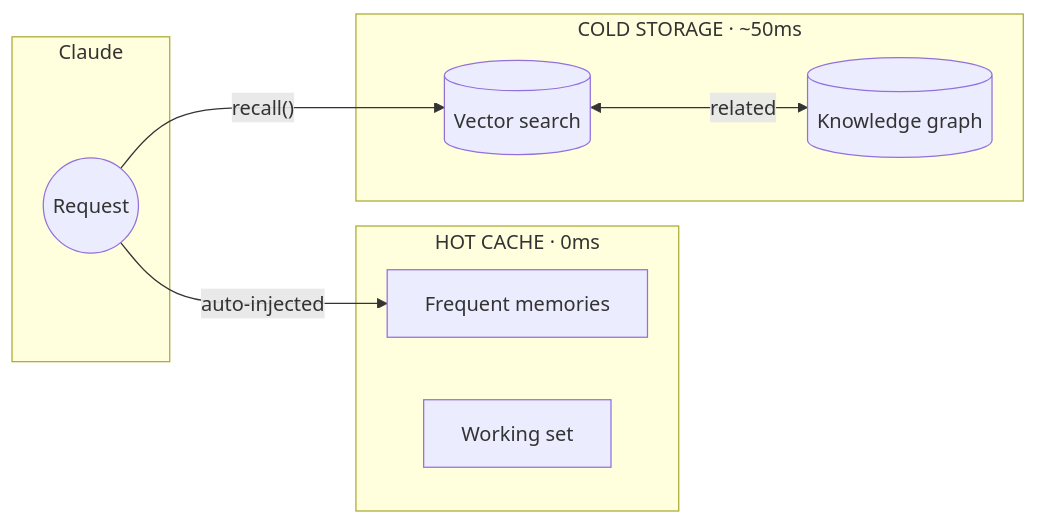
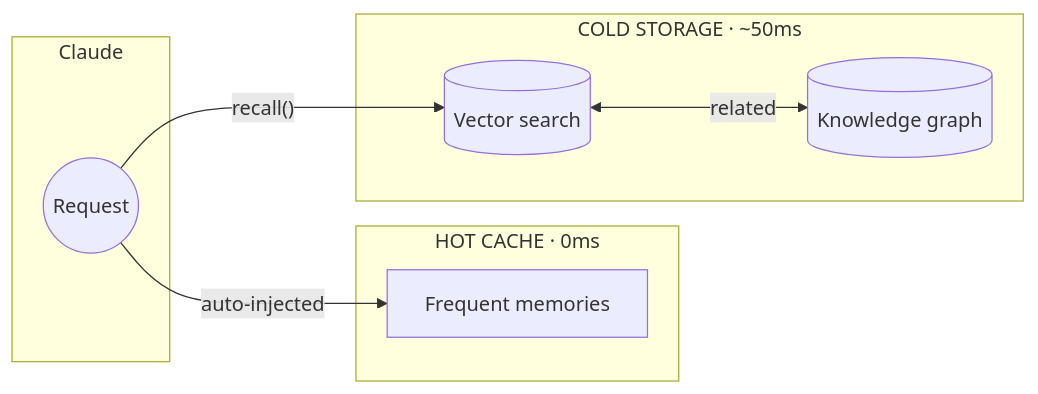
Before and after one commit to michael-denyer/memory-mcp: the diagram in README.md, drawn with Mermaid.

Commit message:
docs: remove orphaned working set from diagram

````diff
--- a/README.md
+++ b/README.md
@@ -85,20 +85,19 @@
 ```mermaid
 flowchart LR
     subgraph LLM["Claude"]
         REQ((Request))
     end
 
     subgraph Hot["HOT CACHE · 0ms"]
         HC[Frequent memories]
-        WS[Working set]
     end
 
     subgraph Cold["COLD STORAGE · ~50ms"]
         VS[(Vector search)]
         KG[(Knowledge graph)]
     end
 
     REQ -->|"auto-injected"| HC
     REQ -->|"recall()"| VS
     VS <-->|"related"| KG
 ```
````
